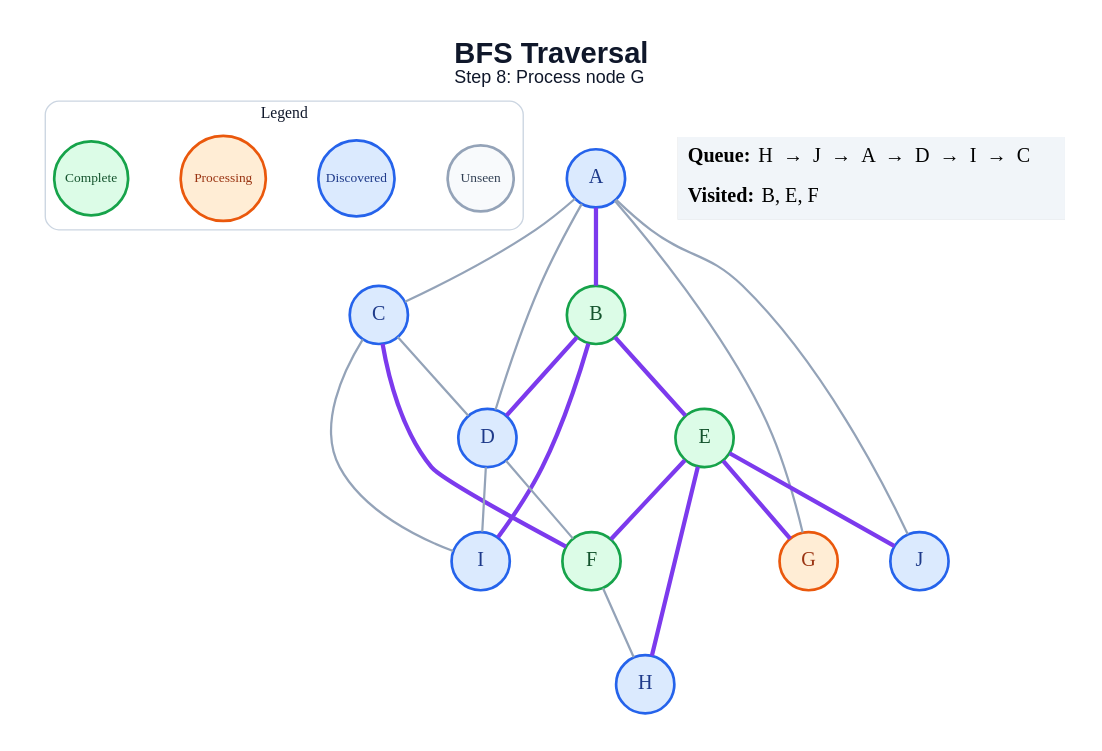
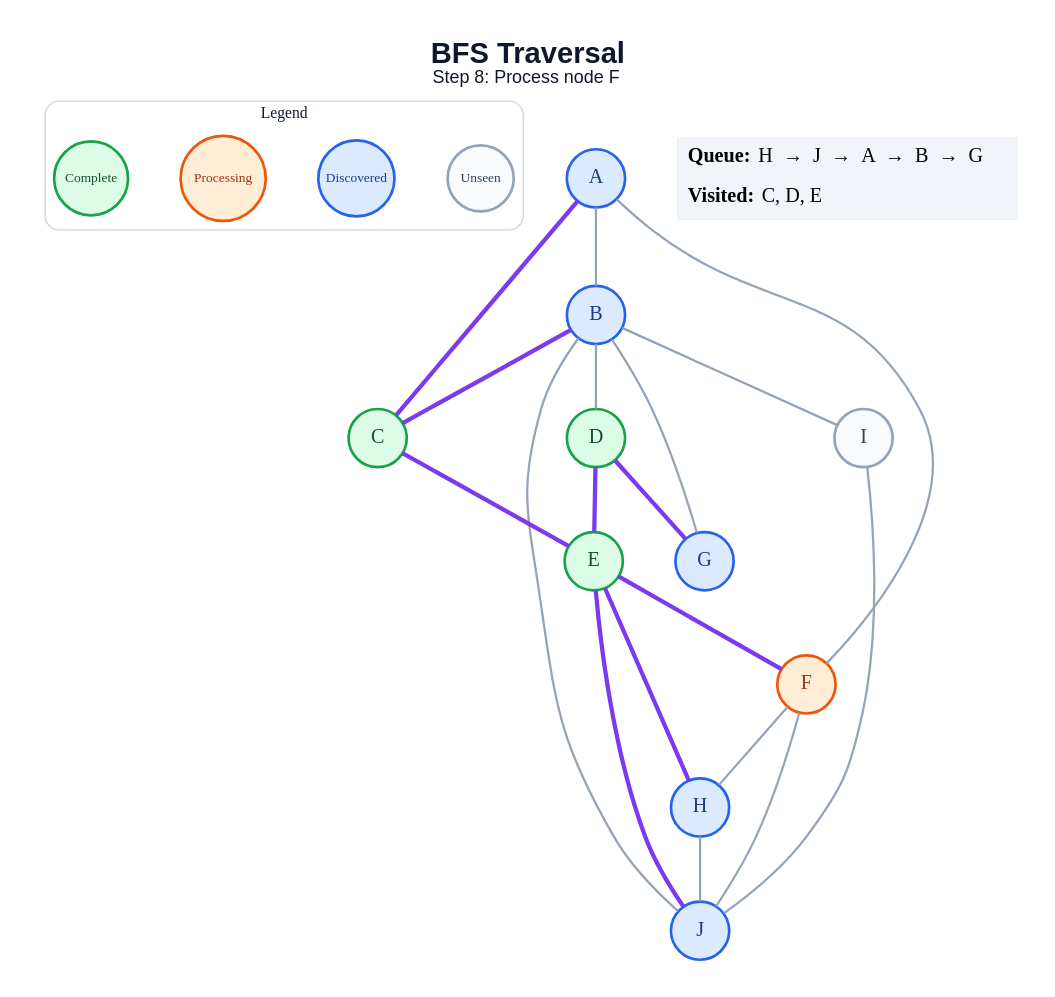
The diagram in generated/specific-node/bfs/step_08.dot (amanghodawala9/ai-slop), drawn with Graphviz before and after one commit. The commit also changed 178 other files, not shown here.

```diff
--- a/generated/specific-node/bfs/step_08.dot
+++ b/generated/specific-node/bfs/step_08.dot
@@ -1,47 +1,47 @@
 graph traversal {
   graph [layout=dot, rankdir=TB, bgcolor="#FFFFFF", pad="0.35", nodesep="0.65", ranksep="0.8", fontname="Arial"];
   node [shape=circle, style="filled", fontname="Arial Bold", fontsize=18, width=0.72, fixedsize=true, penwidth=2.4];
   edge [color="#94A3B8", penwidth=2.0];
-  label=<<B>BFS Traversal</B><BR/><FONT POINT-SIZE="16">Step 8: Process node G</FONT>>; labelloc="t"; fontsize=26; fontname="Arial"; fontcolor="#0F172A";
+  label=<<B>BFS Traversal</B><BR/><FONT POINT-SIZE="16">Step 8: Process node F</FONT>>; labelloc="t"; fontsize=26; fontname="Arial"; fontcolor="#0F172A";
   subgraph cluster_legend { label="Legend"; color="#CBD5E1"; penwidth=1.2; style="rounded"; fontsize=14; fontname="Arial Bold";
     key_unseen [label="Unseen", fillcolor="#F8FAFC", color="#94A3B8", fontcolor="#334155", fontsize=12, width=0.82];
     key_frontier [label="Discovered", fillcolor="#DBEAFE", color="#2563EB", fontcolor="#1E3A8A", fontsize=12, width=0.95];
     key_current [label="Processing", fillcolor="#FFEDD5", color="#EA580C", fontcolor="#9A3412", fontsize=12, width=1.05];
     key_done [label="Complete", fillcolor="#DCFCE7", color="#16A34A", fontcolor="#14532D", fontsize=12, width=0.92];
     { rank=same; key_unseen; key_frontier; key_current; key_done; }
   }
   A [fillcolor="#DBEAFE", color="#2563EB", fontcolor="#1E3A8A"];
-  B [fillcolor="#DCFCE7", color="#16A34A", fontcolor="#14532D"];
-  C [fillcolor="#DBEAFE", color="#2563EB", fontcolor="#1E3A8A"];
-  D [fillcolor="#DBEAFE", color="#2563EB", fontcolor="#1E3A8A"];
+  B [fillcolor="#DBEAFE", color="#2563EB", fontcolor="#1E3A8A"];
+  C [fillcolor="#DCFCE7", color="#16A34A", fontcolor="#14532D"];
+  D [fillcolor="#DCFCE7", color="#16A34A", fontcolor="#14532D"];
   E [fillcolor="#DCFCE7", color="#16A34A", fontcolor="#14532D"];
-  F [fillcolor="#DCFCE7", color="#16A34A", fontcolor="#14532D"];
-  G [fillcolor="#FFEDD5", color="#EA580C", fontcolor="#9A3412"];
+  F [fillcolor="#FFEDD5", color="#EA580C", fontcolor="#9A3412"];
+  G [fillcolor="#DBEAFE", color="#2563EB", fontcolor="#1E3A8A"];
   H [fillcolor="#DBEAFE", color="#2563EB", fontcolor="#1E3A8A"];
-  I [fillcolor="#DBEAFE", color="#2563EB", fontcolor="#1E3A8A"];
+  I [fillcolor="#F8FAFC", color="#94A3B8", fontcolor="#334155"];
   J [fillcolor="#DBEAFE", color="#2563EB", fontcolor="#1E3A8A"];
-  A -- B [color="#7C3AED", penwidth=3.8];
-  A -- C;
-  A -- D;
-  A -- G;
-  A -- J;
-  B -- D [color="#7C3AED", penwidth=3.8];
-  B -- E [color="#7C3AED", penwidth=3.8];
-  B -- I [color="#7C3AED", penwidth=3.8];
-  C -- D;
-  C -- F [color="#7C3AED", penwidth=3.8];
-  C -- I;
-  D -- F;
-  D -- I;
+  A -- B;
+  A -- C [color="#7C3AED", penwidth=3.8];
+  A -- F;
+  B -- C [color="#7C3AED", penwidth=3.8];
+  B -- D;
+  B -- G;
+  B -- I;
+  B -- J;
+  C -- E [color="#7C3AED", penwidth=3.8];
+  D -- E [color="#7C3AED", penwidth=3.8];
+  D -- G [color="#7C3AED", penwidth=3.8];
   E -- F [color="#7C3AED", penwidth=3.8];
-  E -- G [color="#7C3AED", penwidth=3.8];
   E -- H [color="#7C3AED", penwidth=3.8];
   E -- J [color="#7C3AED", penwidth=3.8];
   F -- H;
+  F -- J;
+  H -- J;
+  I -- J;
   status [shape=plain, fixedsize=false, width=0, height=0, margin=0, label=<
     <TABLE BORDER="0" CELLBORDER="0" CELLPADDING="7" BGCOLOR="#F1F5F9">
-      <TR><TD ALIGN="LEFT"><B>Queue:</B> H  →  J  →  A  →  D  →  I  →  C</TD></TR>
-      <TR><TD ALIGN="LEFT"><B>Visited:</B> B, E, F</TD></TR>
+      <TR><TD ALIGN="LEFT"><B>Queue:</B> H  →  J  →  A  →  B  →  G</TD></TR>
+      <TR><TD ALIGN="LEFT"><B>Visited:</B> C, D, E</TD></TR>
     </TABLE>
   >];
 }
```
